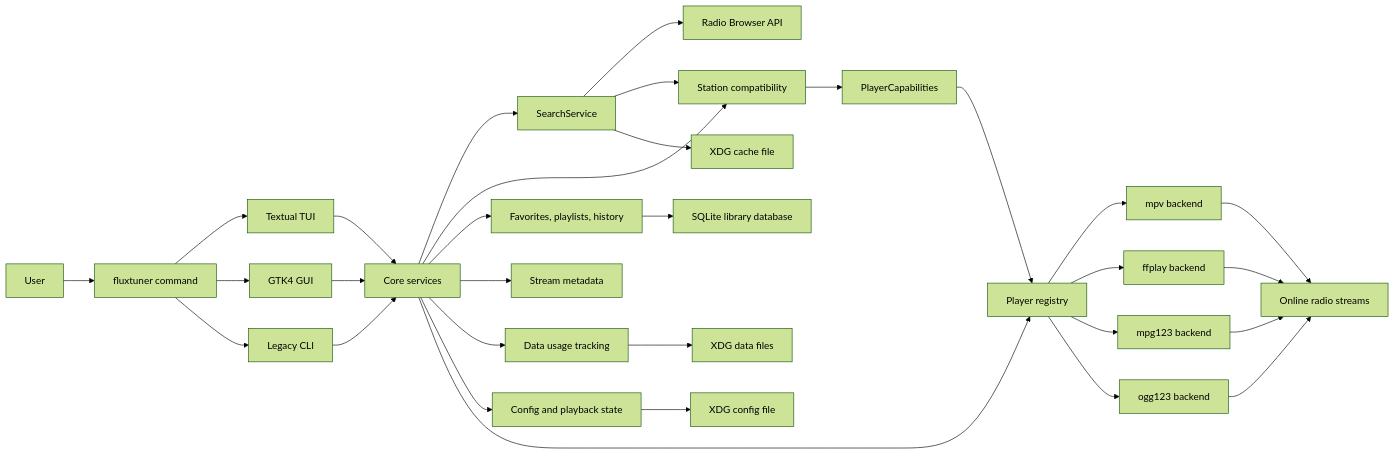
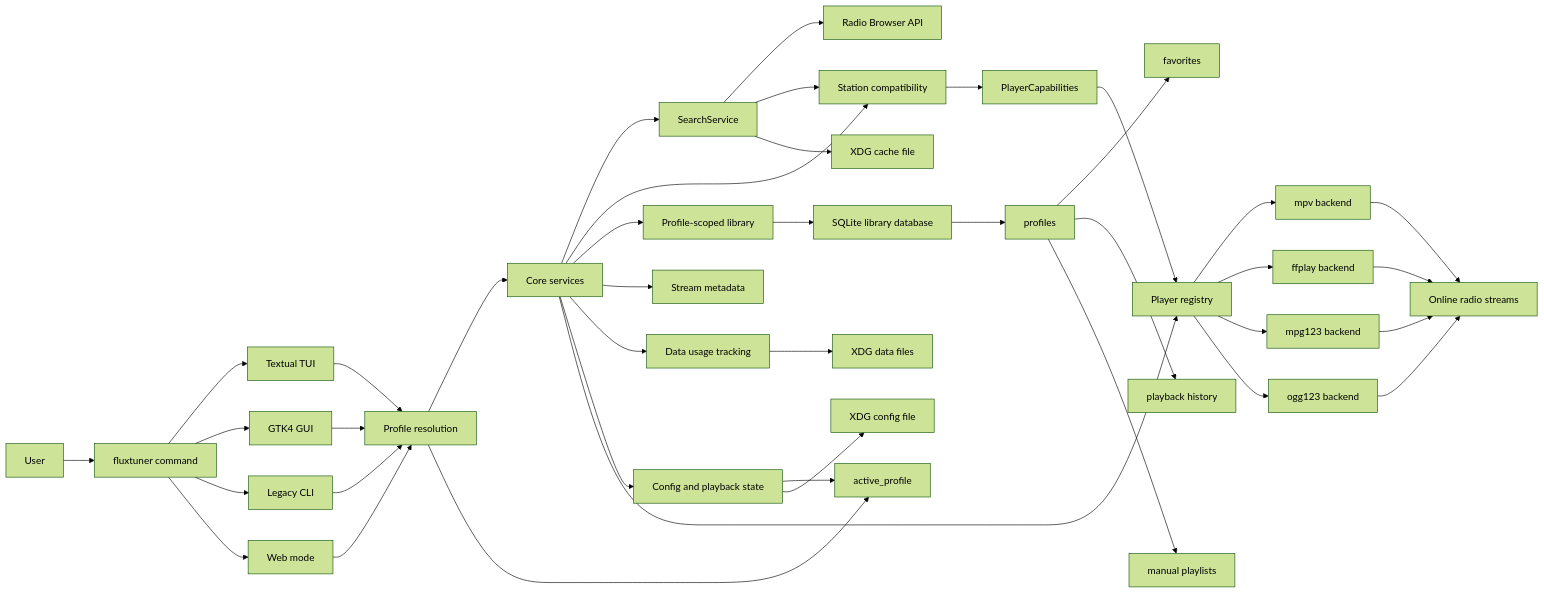
The first of 2 diagrams in docs/architecture.md (pitill0/fluxtuner), drawn with Mermaid (forest theme) before and after one commit. The commit also changed other lines of this file and 3 other files, not shown here.

Commit message:
Update profile architecture documentation

````diff
--- a/docs/architecture.md
+++ b/docs/architecture.md
@@ -7,38 +58,50 @@
 ```mermaid
 flowchart LR
     User["User"] --> Entry["fluxtuner command"]
     Entry --> TUI["Textual TUI"]
     Entry --> GUI["GTK4 GUI"]
     Entry --> CLI["Legacy CLI"]
+    Entry --> Web["Web mode"]
 
-    TUI --> Services["Core services"]
-    GUI --> Services
-    CLI --> Services
+    TUI --> ProfileResolution["Profile resolution"]
+    GUI --> ProfileResolution
+    CLI --> ProfileResolution
+    Web --> ProfileResolution
+
+    ProfileResolution --> Services["Core services"]
 
     Services --> Search["SearchService"]
     Services --> Compatibility["Station compatibility"]
-    Services --> Library["Favorites, playlists, history"]
+    Services --> Library["Profile-scoped library"]
     Services --> Metadata["Stream metadata"]
     Services --> Usage["Data usage tracking"]
     Services --> Config["Config and playback state"]
     Services --> PlayerRegistry["Player registry"]
 
     Search --> RadioBrowser["Radio Browser API"]
     Search --> Compatibility
     Compatibility --> Capabilities["PlayerCapabilities"]
     Capabilities --> PlayerRegistry
 
     PlayerRegistry --> MPV["mpv backend"]
     PlayerRegistry --> FFPLAY["ffplay backend"]
     PlayerRegistry --> MPG123["mpg123 backend"]
     PlayerRegistry --> OGG123["ogg123 backend"]
+
     MPV --> Streams["Online radio streams"]
     FFPLAY --> Streams
     MPG123 --> Streams
     OGG123 --> Streams
 
+    Config --> ActiveProfile["active_profile"]
+    ProfileResolution --> ActiveProfile
     Library --> LibraryDB["SQLite library database"]
+    LibraryDB --> Profiles["profiles"]
+    Profiles --> Favorites["favorites"]
+    Profiles --> History["playback history"]
+    Profiles --> ManualPlaylists["manual playlists"]
+
     Usage --> DataStorage["XDG data files"]
     Config --> ConfigStorage["XDG config file"]
     Search --> CacheStorage["XDG cache file"]
 ```
````
